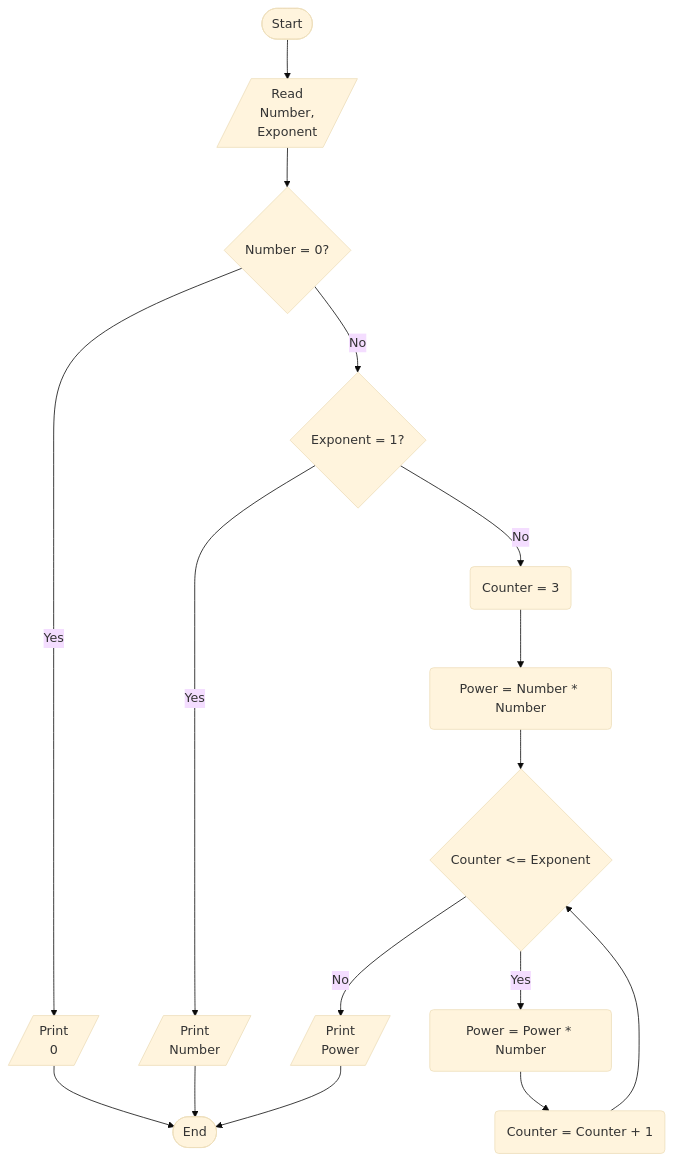
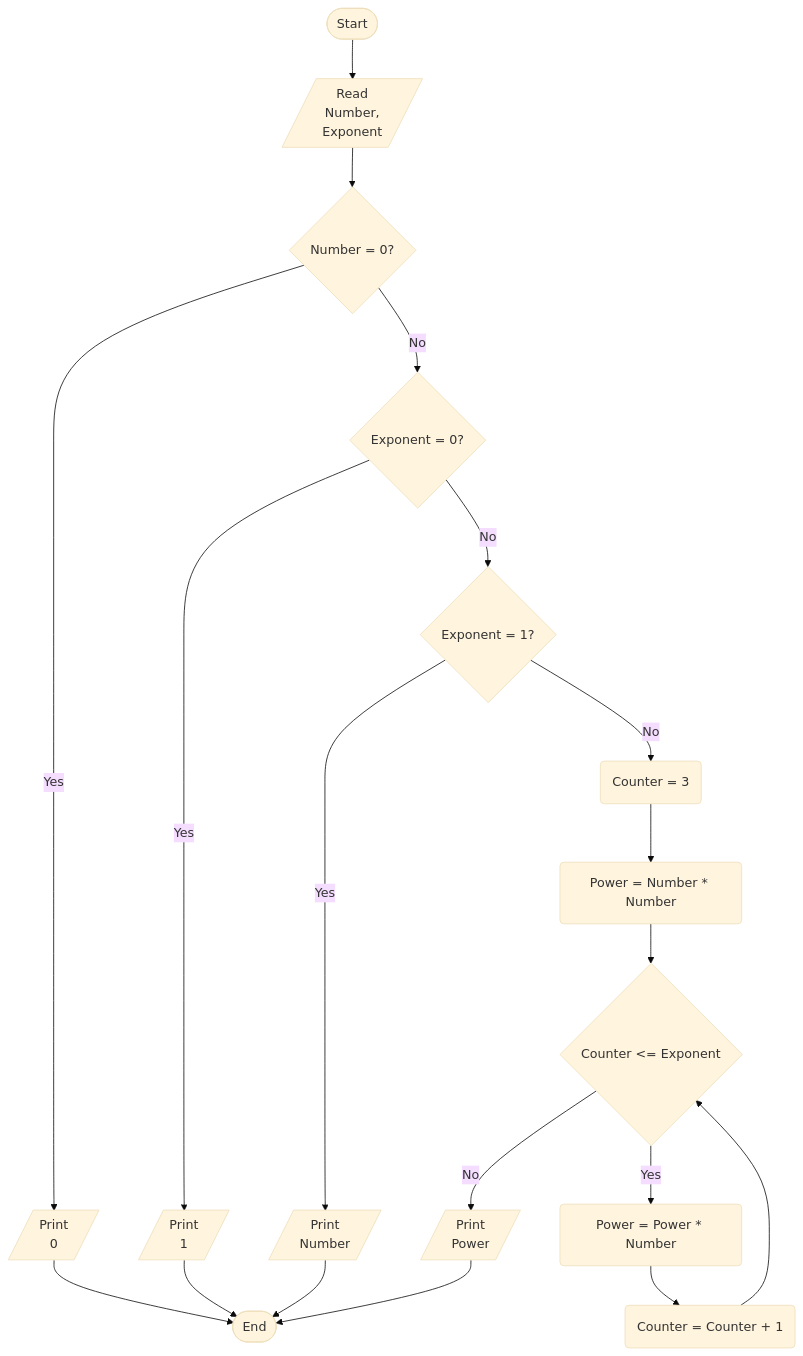
One commit to M4MD24/Algorithms-and-Problem-Solving-Level-1-by-Programming-Advices changed the diagram in src/_30_problem_32/Problem32.mmd. Above: the diagram before and after it, drawn with Mermaid (base theme).

Commit message:
# Enhance Solving Problem 32

```diff
--- a/src/_30_problem_32/Problem32.mmd
+++ b/src/_30_problem_32/Problem32.mmd
@@ -1,31 +1,34 @@
 %% Write a program to ask the user to enter
 %% • Number
 %% • Exponent
 %% Then print the Number^Exponent
 %% Steps
 %% Step 1: Ask the user to enter (Number, Exponent)
 %% Step 2: If Number = 0 then Print 0
 %% Step 3: If Exponent = 1 then Print Number
 %% Step 4: Counter = 2
 %% Step 5: Power = Number * Number
 %% Step 6: Recursion (Power = Power * Number) if Counter less than and equal Exponent, from 2 to Exponent
 %% Step 7: Print Power
 
 flowchart TD
     Start([Start])
     ReadNumberAndExponent[/Read\nNumber,\nExponent/]
     IsNumberEqualTo0{Number = 0?}
     Print0[/Print\n0/]
+    IsExponentEqualTo0{Exponent = 0?}
+    Print1[/Print\n1/]
     IsExponentEqualTo1{Exponent = 1?}
     PrintNumber[/Print\nNumber/]
     Counter(Counter = 3)
     Power(Power = Number * Number)
     IsCounterLessThanAndEqualExponent{Counter <= Exponent}
     IncreasePower(Power = Power * Number)
     IncreaseCounter(Counter = Counter + 1)
     PrintPower[/Print\nPower/]
     End([End])
     Start --> ReadNumberAndExponent --> IsNumberEqualTo0 -- Yes --> Print0 --> End
-    IsNumberEqualTo0 -- No --> IsExponentEqualTo1 -- Yes --> PrintNumber --> End
+    IsNumberEqualTo0 -- No --> IsExponentEqualTo0 -- Yes --> Print1 --> End
+    IsExponentEqualTo0 -- No --> IsExponentEqualTo1 -- Yes --> PrintNumber --> End
     IsExponentEqualTo1 -- No --> Counter --> Power --> IsCounterLessThanAndEqualExponent -- Yes --> IncreasePower --> IncreaseCounter --> IsCounterLessThanAndEqualExponent
     IsCounterLessThanAndEqualExponent -- No --> PrintPower --> End
```
